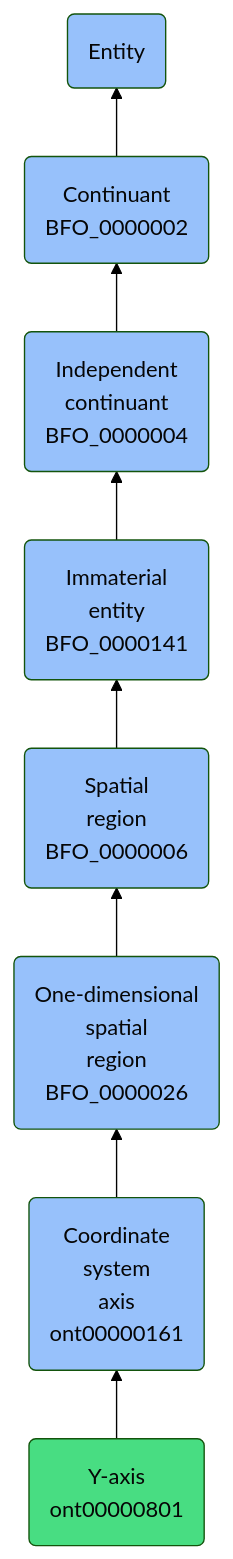
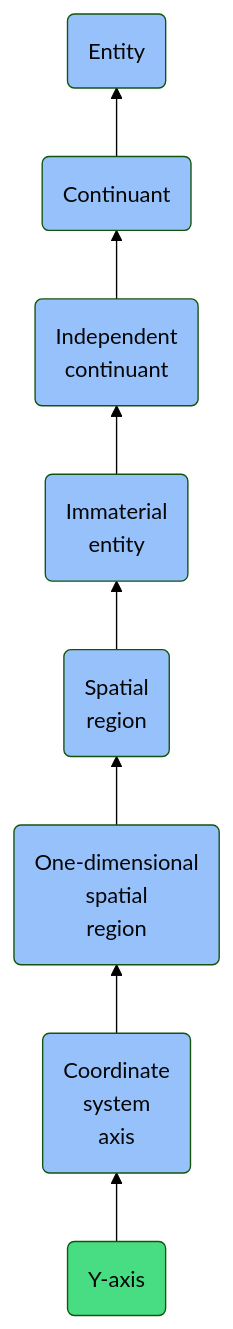
One commit to jupyter-naas/abi changed the diagram in docs/ontology/reference/model/Entity/Continuant/Independent continuant/Immaterial entity/Spatial region/One-dimensional spatial region/Coordinate system axis/Y-axis/Y-axis.md. Above: the diagram before and after it, drawn with Mermaid (forest theme). The commit also changed other lines of this file and 1430 other files, not shown here.

````diff
--- a/docs/ontology/reference/model/Entity/Continuant/Independent continuant/Immaterial entity/Spatial region/One-dimensional spatial region/Coordinate system axis/Y-axis/Y-axis.md
+++ b/docs/ontology/reference/model/Entity/Continuant/Independent continuant/Immaterial entity/Spatial region/One-dimensional spatial region/Coordinate system axis/Y-axis/Y-axis.md
@@ -24,15 +24,15 @@
 ```mermaid
 graph BT
-    ont00000801(Y-axis<br>ont00000801):::ABI-->ont00000161
-    ont00000161(Coordinate<br>system<br>axis<br>ont00000161):::BFO-->BFO_0000026
-    BFO_0000026(One-dimensional<br>spatial<br>region<br>BFO_0000026):::BFO-->BFO_0000006
-    BFO_0000006(Spatial<br>region<br>BFO_0000006):::BFO-->BFO_0000141
-    BFO_0000141(Immaterial<br>entity<br>BFO_0000141):::BFO-->BFO_0000004
-    BFO_0000004(Independent<br>continuant<br>BFO_0000004):::BFO-->BFO_0000002
-    BFO_0000002(Continuant<br>BFO_0000002):::BFO-->BFO_0000001
+    ont00000801(Y-axis):::ABI-->ont00000161
+    ont00000161(Coordinate<br>system<br>axis):::BFO-->BFO_0000026
+    BFO_0000026(One-dimensional<br>spatial<br>region):::BFO-->BFO_0000006
+    BFO_0000006(Spatial<br>region):::BFO-->BFO_0000141
+    BFO_0000141(Immaterial<br>entity):::BFO-->BFO_0000004
+    BFO_0000004(Independent<br>continuant):::BFO-->BFO_0000002
+    BFO_0000002(Continuant):::BFO-->BFO_0000001
     BFO_0000001(Entity):::BFO
     
     classDef BFO fill:#97c1fb,color:#060606
     classDef CCO fill:#e4c51e,color:#060606
     classDef ABI fill:#48DD82,color:#060606
 ```
````
